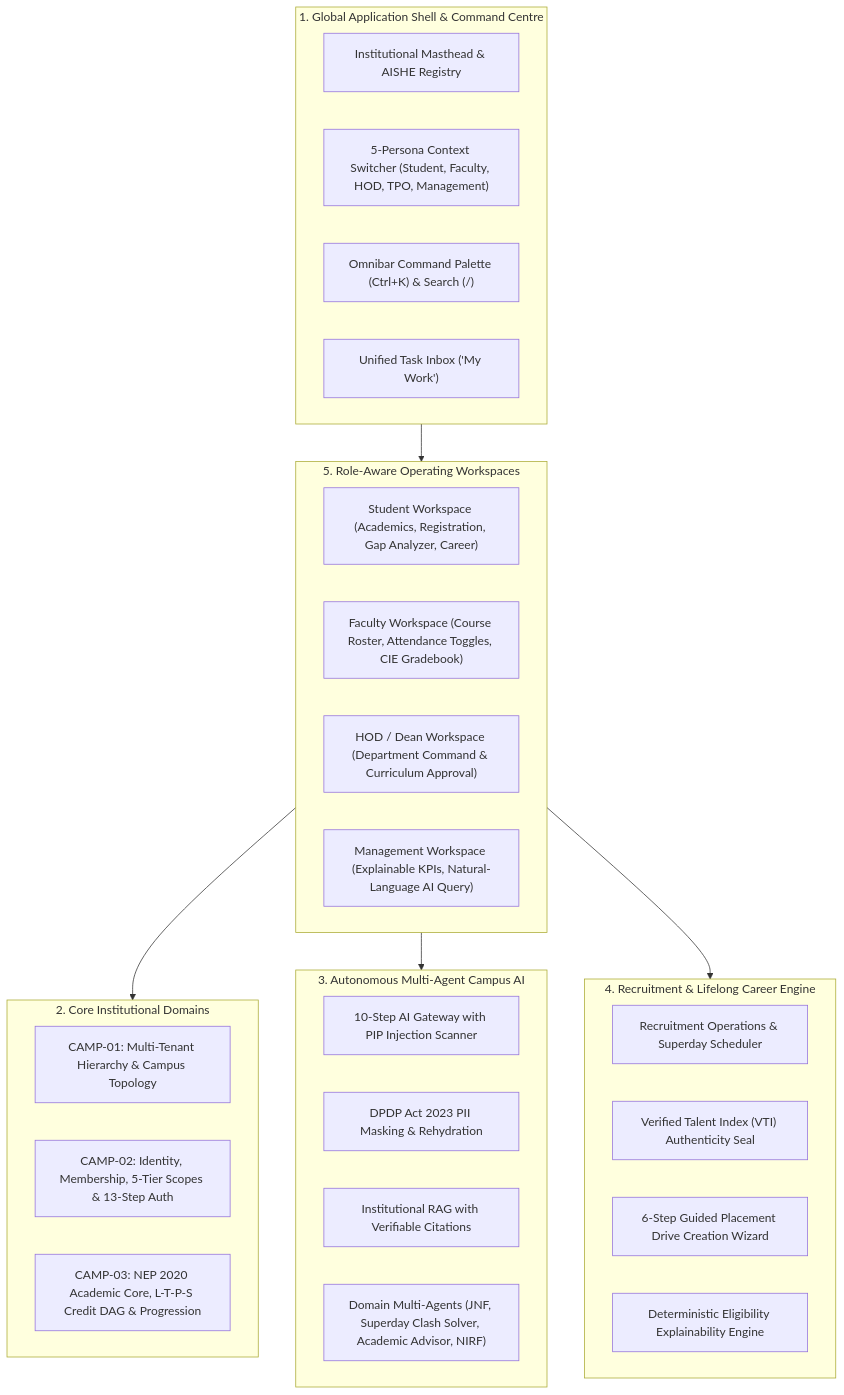
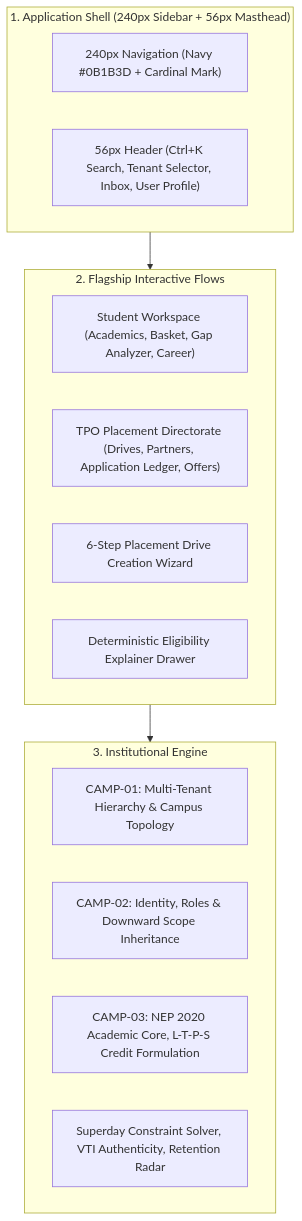
Before and after one commit to shivendra911/meridian: the diagram in README.md, drawn with Mermaid. The commit also changed other lines of this file and 29 other files, not shown here.

Commit message:
feat(ui): refactor to Inter design system with Navy brand, 240px shell, and polished flagship flows

````diff
--- a/README.md
+++ b/README.md
@@ -16,41 +56,24 @@
 ```mermaid
 flowchart TD
-    subgraph Shell["1. Global Application Shell & Command Centre"]
-        Masthead["Institutional Masthead & AISHE Registry"]
-        RoleSwitch["5-Persona Context Switcher (Student, Faculty, HOD, TPO, Management)"]
-        CmdK["Omnibar Command Palette (Ctrl+K) & Search (/)"]
-        Inbox["Unified Task Inbox ('My Work')"]
+    subgraph Shell["1. Application Shell (240px Sidebar + 56px Masthead)"]
+        Sidebar["240px Navigation (Navy #0B1B3D + Cardinal Mark)"]
+        Header["56px Header (Ctrl+K Search, Tenant Selector, Inbox, User Profile)"]
     end
 
-    subgraph Core["2. Core Institutional Domains"]
-        CAMP01["CAMP-01: Multi-Tenant Hierarchy & Campus Topology"]
-        CAMP02["CAMP-02: Identity, Membership, 5-Tier Scopes & 13-Step Auth"]
-        CAMP03["CAMP-03: NEP 2020 Academic Core, L-T-P-S Credit DAG & Progression"]
+    subgraph Flows["2. Flagship Interactive Flows"]
+        Student["Student Workspace (Academics, Basket, Gap Analyzer, Career)"]
+        TPO["TPO Placement Directorate (Drives, Partners, Application Ledger, Offers)"]
+        Wizard["6-Step Placement Drive Creation Wizard"]
+        Explainer["Deterministic Eligibility Explainer Drawer"]
     end
 
-    subgraph AI["3. Autonomous Multi-Agent Campus AI"]
-        Gateway["10-Step AI Gateway with PIP Injection Scanner"]
-        Privacy["DPDP Act 2023 PII Masking & Rehydration"]
-        RAG["Institutional RAG with Verifiable Citations"]
-        Agents["Domain Multi-Agents (JNF, Superday Clash Solver, Academic Advisor, NIRF)"]
+    subgraph Core["3. Institutional Engine"]
+        CAMP01["CAMP-01: Multi-Tenant Hierarchy & Campus Topology"]
+        CAMP02["CAMP-02: Identity, Roles & Downward Scope Inheritance"]
+        CAMP03["CAMP-03: NEP 2020 Academic Core, L-T-P-S Credit Formulation"]
+        Moats["Superday Constraint Solver, VTI Authenticity, Retention Radar"]
     end
 
-    subgraph Career["4. Recruitment & Lifelong Career Engine"]
-        Placements["Recruitment Operations & Superday Scheduler"]
-        VTI["Verified Talent Index (VTI) Authenticity Seal"]
-        Wizard["6-Step Guided Placement Drive Creation Wizard"]
-        Explainer["Deterministic Eligibility Explainability Engine"]
-    end
-
-    subgraph Workspaces["5. Role-Aware Operating Workspaces"]
-        SW["Student Workspace (Academics, Registration, Gap Analyzer, Career)"]
-        FW["Faculty Workspace (Course Roster, Attendance Toggles, CIE Gradebook)"]
-        HW["HOD / Dean Workspace (Department Command & Curriculum Approval)"]
-        MW["Management Workspace (Explainable KPIs, Natural-Language AI Query)"]
-    end
-
-    Shell --> Workspaces
-    Workspaces --> Core
-    Workspaces --> AI
-    Workspaces --> Career
+    Shell --> Flows
+    Flows --> Core
 ```
````
